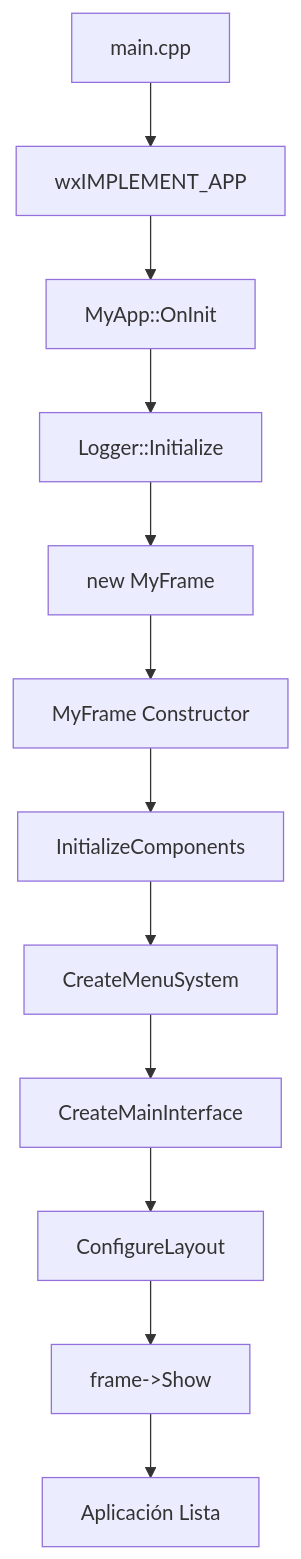
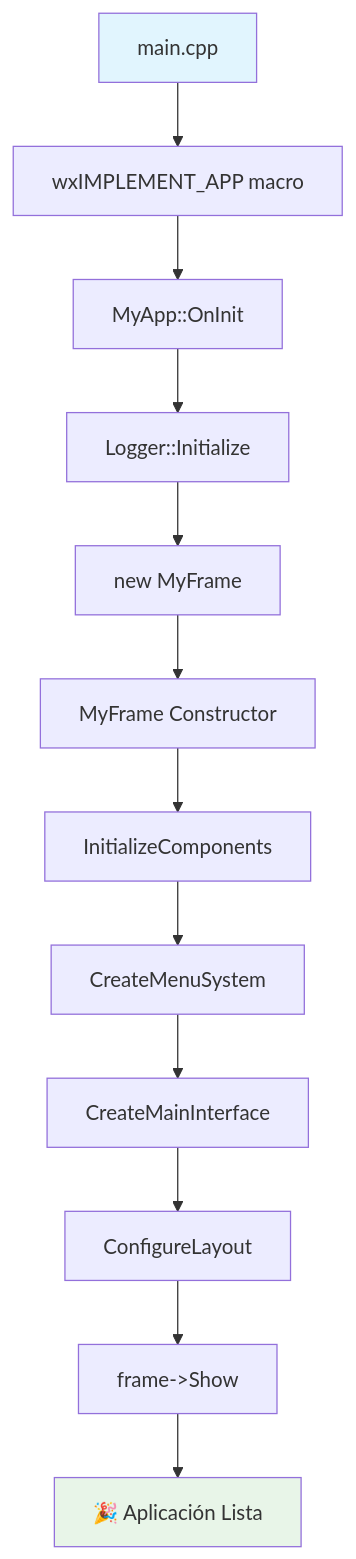
The second of 4 diagrams in docs/DOCUMENTACION_COMPLETA.md (jhg45-ua/SignaturePro), drawn with Mermaid before and after one commit. The commit also changed other lines of this file and 2 other files, not shown here.

````diff
--- a/docs/DOCUMENTACION_COMPLETA.md
+++ b/docs/DOCUMENTACION_COMPLETA.md
@@ -134,14 +148,17 @@
 ```mermaid
 graph TD
-    A[main.cpp] --> B[wxIMPLEMENT_APP]
+    A[main.cpp] --> B[wxIMPLEMENT_APP macro]
     B --> C[MyApp::OnInit]
     C --> D[Logger::Initialize]
     D --> E[new MyFrame]
     E --> F[MyFrame Constructor]
     F --> G[InitializeComponents]
     G --> H[CreateMenuSystem]
     H --> I[CreateMainInterface]
     I --> J[ConfigureLayout]
-    J --> K[frame->Show]
-    K --> L[Aplicación Lista]
+    J --> K["frame->Show"]
+    K --> L["🎉 Aplicación Lista"]
+    
+    style A fill:#e1f5fe
+    style L fill:#e8f5e8
 ```
````
